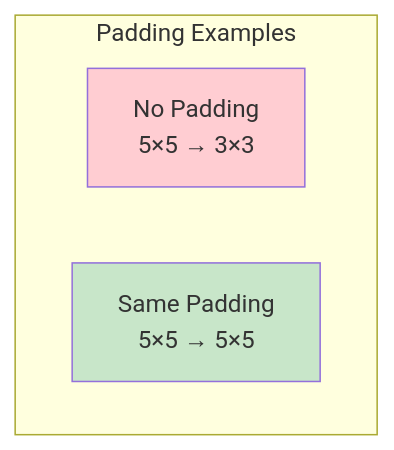
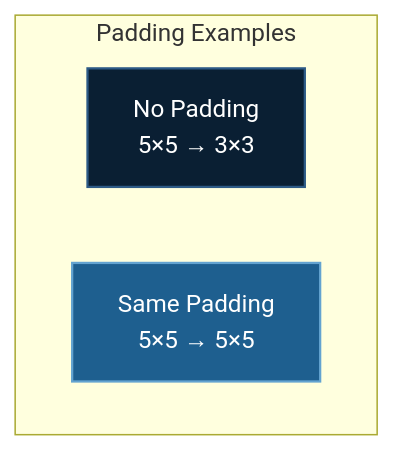
One commit to yiqiao-yin/deepspeed-course changed the seventh of 14 diagrams in docusaurus-docs/docs/tutorials/basic/convnet.md. Above: the diagram before and after it, drawn with Mermaid. The commit also changed other lines of this file and 12 other files, not shown here.

````diff
--- a/docusaurus-docs/docs/tutorials/basic/convnet.md
+++ b/docusaurus-docs/docs/tutorials/basic/convnet.md
@@ -295,10 +295,10 @@
 ```mermaid
 flowchart TB
     subgraph "Padding Examples"
         NP["No Padding<br/>5×5 → 3×3"]
         SP["Same Padding<br/>5×5 → 5×5"]
     end
 
-    style NP fill:#ffcdd2
-    style SP fill:#c8e6c9
+    style NP fill:#0a1f33,stroke:#2d5a86,stroke-width:1.5px,color:#ffffff
+    style SP fill:#1e5f8f,stroke:#63a3d0,stroke-width:1.5px,color:#ffffff
 ```
````
